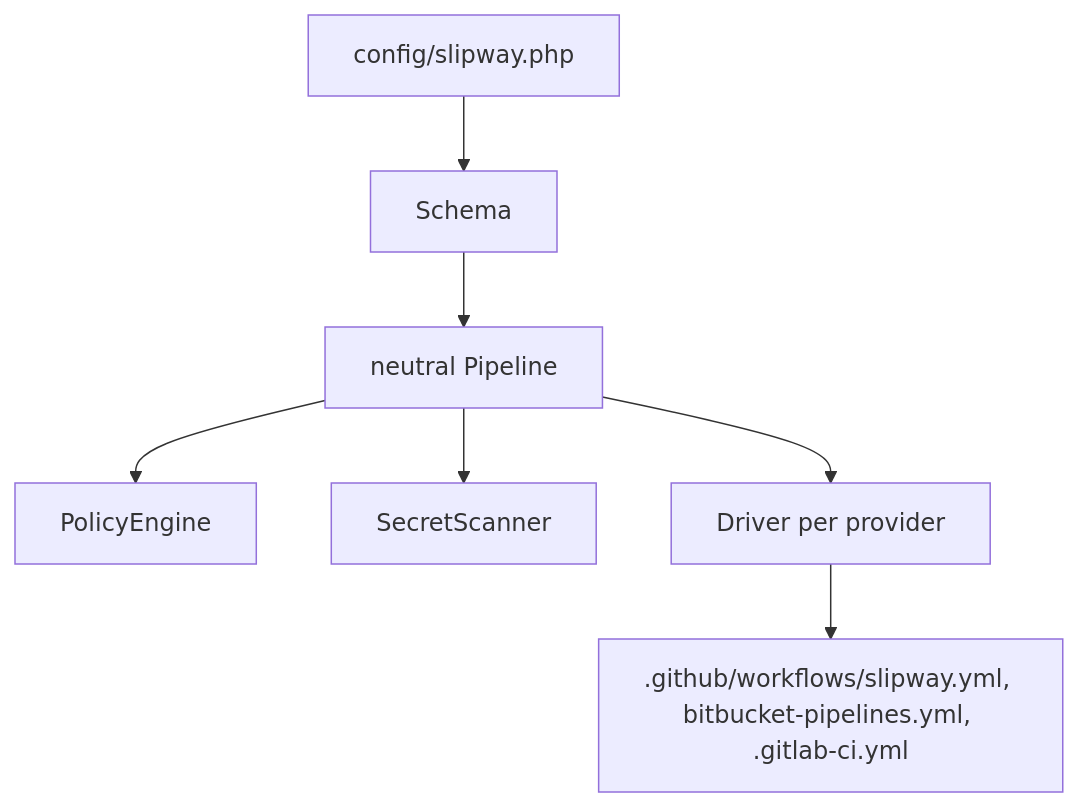
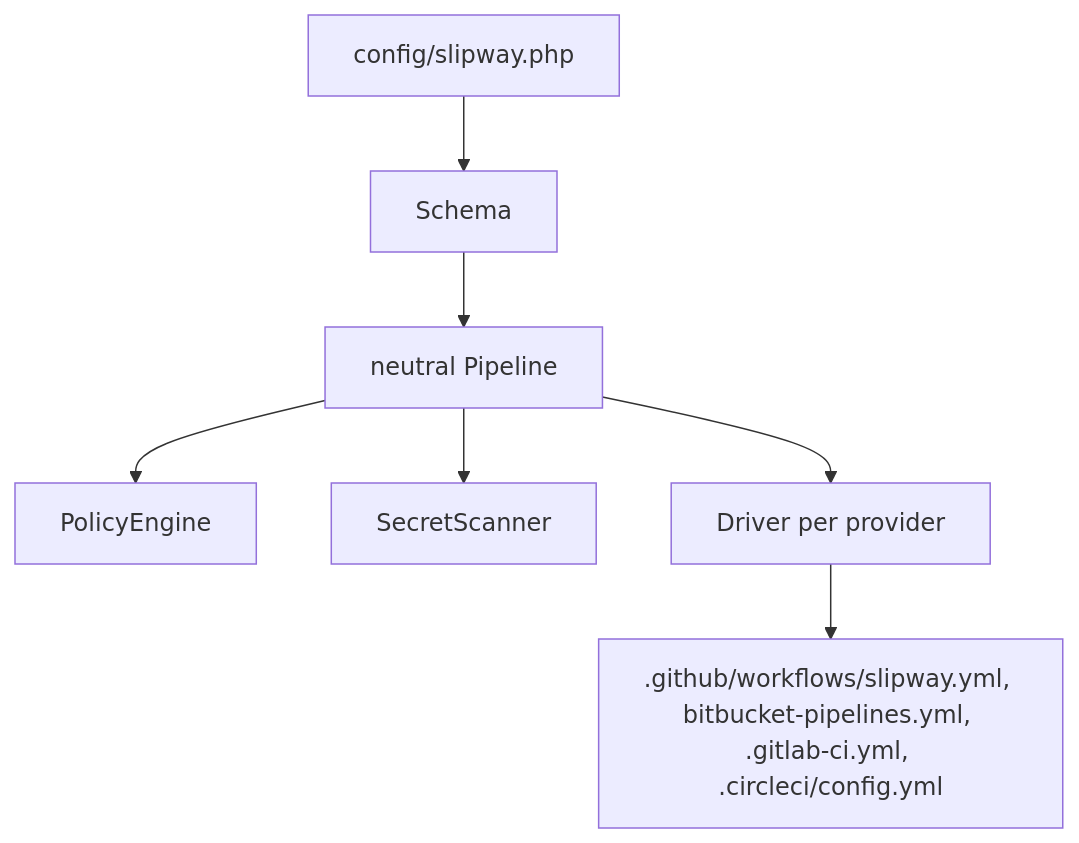
One commit to usamamuneerchaudhary/slipway-documentation changed the diagram in how-it-works.mdx. Above: the diagram before and after it, drawn with Mermaid. The commit also changed other lines of this file, not shown here.

Commit message:
docs: include CircleCI in How it works

````diff
--- a/how-it-works.mdx
+++ b/how-it-works.mdx
@@ -6,9 +6,9 @@
 ```mermaid
 flowchart TD
   config["config/slipway.php"] --> schema["Schema"]
   schema --> pipeline["neutral Pipeline"]
   pipeline --> policy["PolicyEngine"]
   pipeline --> scanner["SecretScanner"]
   pipeline --> driver["Driver per provider"]
-  driver --> yaml[".github/workflows/slipway.yml, bitbucket-pipelines.yml, .gitlab-ci.yml"]
+  driver --> yaml[".github/workflows/slipway.yml, bitbucket-pipelines.yml, .gitlab-ci.yml, .circleci/config.yml"]
 ```
````
